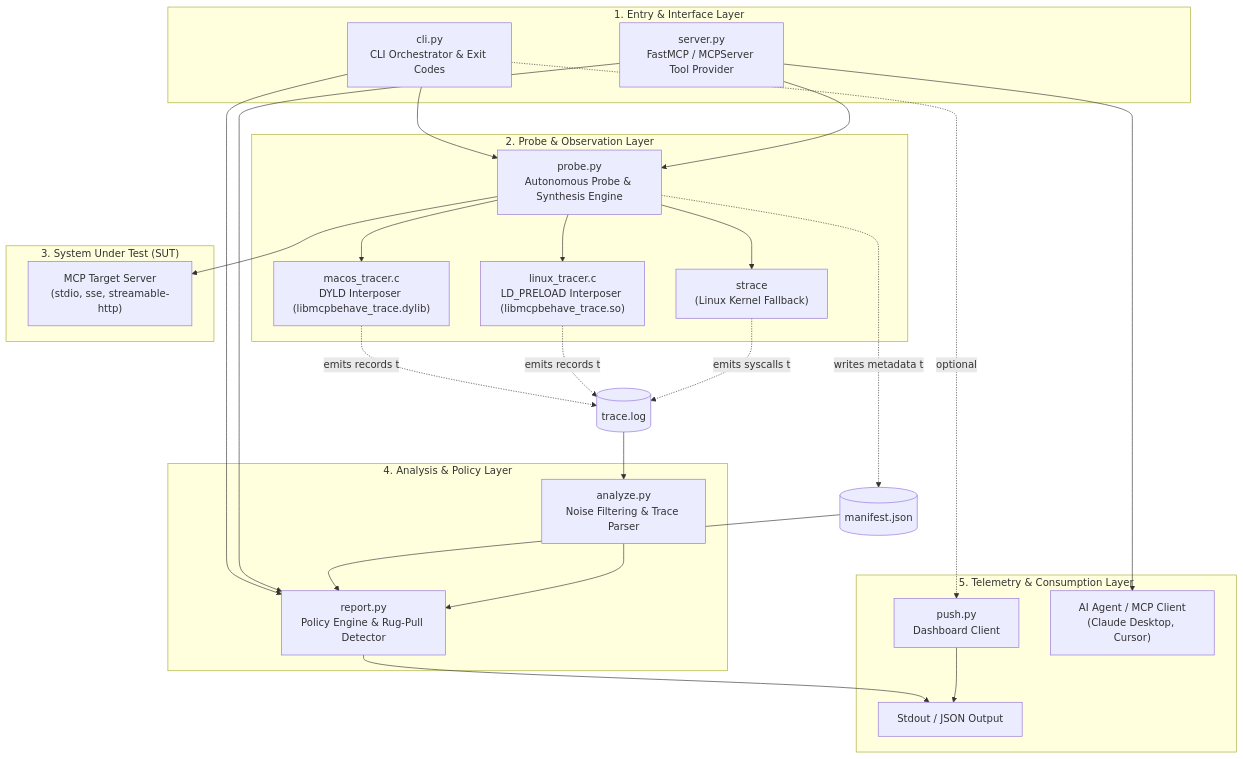
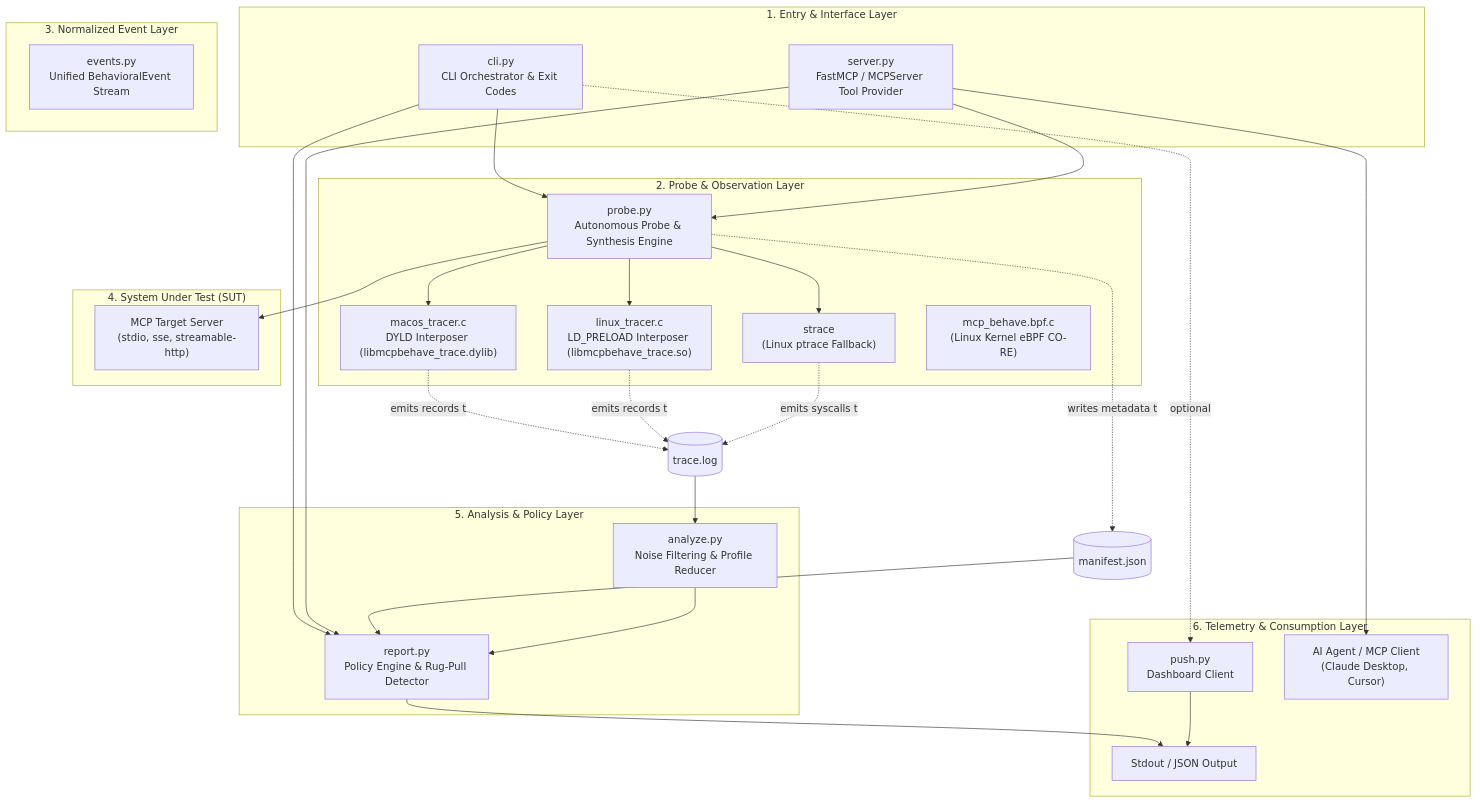
The second of 7 diagrams in ARCHITECTURE.md (actions-marketplace-validations/navid72m_mcp-behave), drawn with Mermaid before and after one commit. The commit also changed 12 other files, not shown here.

Commit message:
feat(ebpf): implement experimental Linux eBPF runtime tracer, normalized event model, and C CO-RE program

````diff
--- a/ARCHITECTURE.md
+++ b/ARCHITECTURE.md
@@ -36,53 +36,58 @@
 ```mermaid
 flowchart TB
     subgraph Entry["1. Entry & Interface Layer"]
         CLI["cli.py<br/>CLI Orchestrator & Exit Codes"]
         SRV["server.py<br/>FastMCP / MCPServer Tool Provider"]
     end
 
     subgraph Observe["2. Probe & Observation Layer"]
         PROBE["probe.py<br/>Autonomous Probe & Synthesis Engine"]
         MAC_C["macos_tracer.c<br/>DYLD Interposer (libmcpbehave_trace.dylib)"]
         LIN_C["linux_tracer.c<br/>LD_PRELOAD Interposer (libmcpbehave_trace.so)"]
-        STRACE["strace<br/>(Linux Kernel Fallback)"]
+        STRACE["strace<br/>(Linux ptrace Fallback)"]
+        EBPF_C["mcp_behave.bpf.c<br/>(Linux Kernel eBPF CO-RE)"]
     end
 
-    subgraph Target["3. System Under Test (SUT)"]
+    subgraph EventsLayer["3. Normalized Event Layer"]
+        EVENTS["events.py<br/>Unified BehavioralEvent Stream"]
+    end
+
+    subgraph Target["4. System Under Test (SUT)"]
         SUT_PROC["MCP Target Server<br/>(stdio, sse, streamable-http)"]
     end
 
-    subgraph AnalyzeLayer["4. Analysis & Policy Layer"]
-        ANALYZE["analyze.py<br/>Noise Filtering & Trace Parser"]
+    subgraph AnalyzeLayer["5. Analysis & Policy Layer"]
+        ANALYZE["analyze.py<br/>Noise Filtering & Profile Reducer"]
         REPORT["report.py<br/>Policy Engine & Rug-Pull Detector"]
     end
 
-    subgraph OutputLayer["5. Telemetry & Consumption Layer"]
+    subgraph OutputLayer["6. Telemetry & Consumption Layer"]
         PUSH["push.py<br/>Dashboard Client"]
         STDOUT["Stdout / JSON Output"]
         MCP_CLIENT["AI Agent / MCP Client<br/>(Claude Desktop, Cursor)"]
     end
 
     CLI --> PROBE
     CLI --> REPORT
     CLI -.optional.-> PUSH
     SRV --> PROBE
     SRV --> REPORT
 
     PROBE --> MAC_C
     PROBE --> LIN_C
     PROBE --> STRACE
     PROBE --> SUT_PROC
 
     MAC_C -.emits records to.-> TRACE_LOG[("trace.log")]
     LIN_C -.emits records to.-> TRACE_LOG
     STRACE -.emits syscalls to.-> TRACE_LOG
     PROBE -.writes metadata to.-> MANIFEST_JSON[("manifest.json")]
 
     TRACE_LOG --> ANALYZE
     MANIFEST_JSON --> REPORT
     ANALYZE --> REPORT
 
     REPORT --> STDOUT
     PUSH --> STDOUT
     SRV --> MCP_CLIENT
 ```
````
